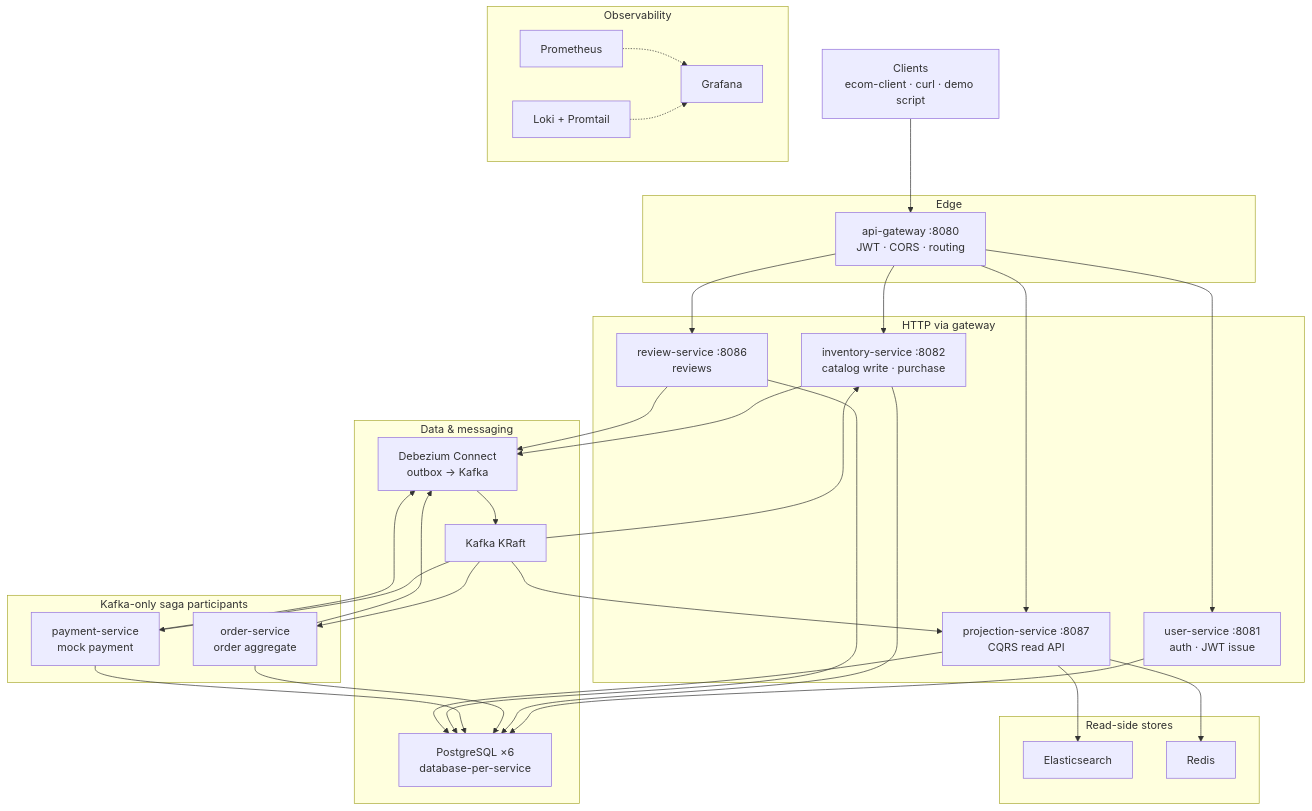
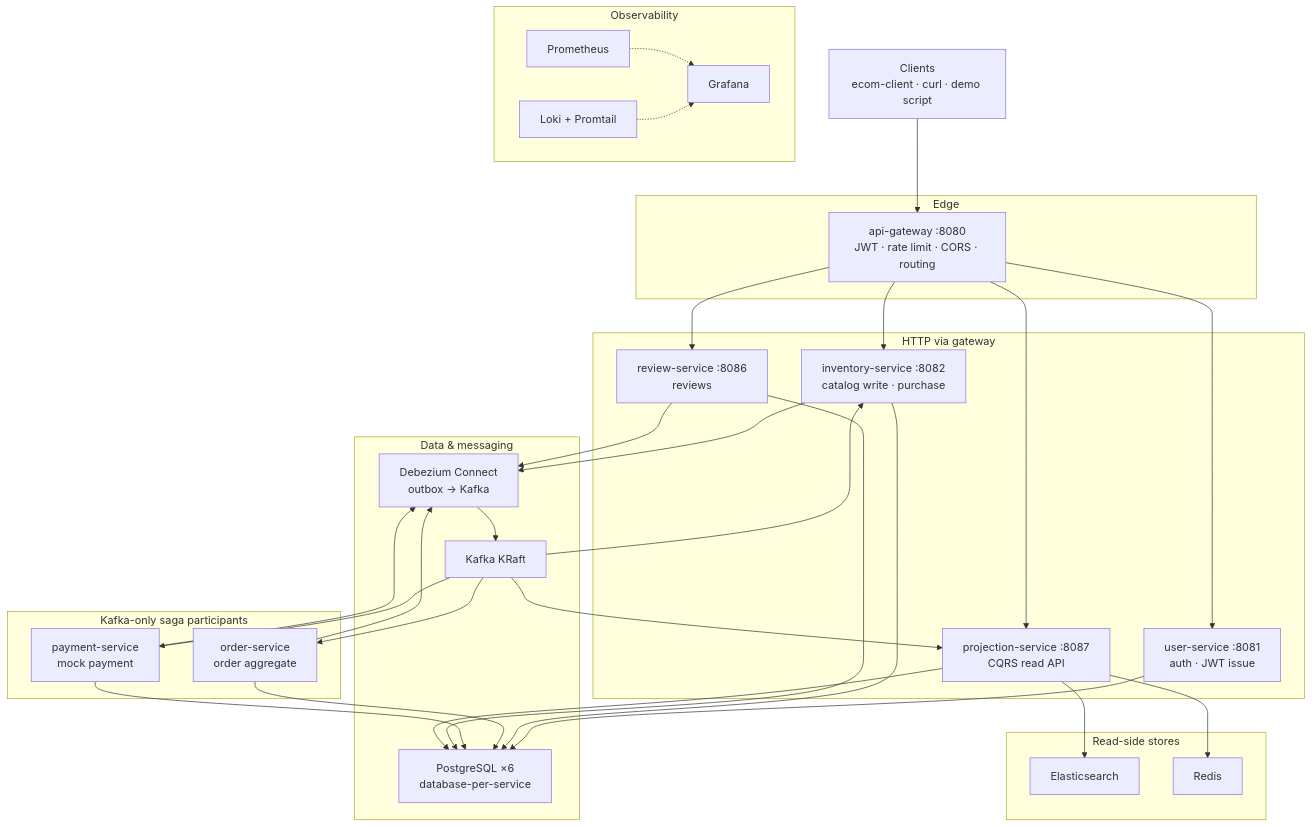
The first of 2 diagrams in README.md (tahaberkamcadev/ecom), drawn with Mermaid before and after one commit. The commit also changed other lines of this file and 14 other files, not shown here.

First line of the commit message:
Implement in-memory rate limiting in API Gateway and update product catalog API

````diff
--- a/README.md
+++ b/README.md
@@ -62,66 +62,66 @@
 ```mermaid
 flowchart TB
   CLIENT["Clients<br/>ecom-client · curl · demo script"]
 
   subgraph edge["Edge"]
-    GW["api-gateway :8080<br/>JWT · CORS · routing"]
+    GW["api-gateway :8080<br/>JWT · rate limit · CORS · routing"]
   end
 
   subgraph http["HTTP via gateway"]
     USER["user-service :8081<br/>auth · JWT issue"]
     INV["inventory-service :8082<br/>catalog write · purchase"]
     REV["review-service :8086<br/>reviews"]
     PRJ["projection-service :8087<br/>CQRS read API"]
   end
 
   subgraph saga["Kafka-only saga participants"]
     ORD["order-service<br/>order aggregate"]
     PAY["payment-service<br/>mock payment"]
   end
 
   subgraph readstore["Read-side stores"]
     ES["Elasticsearch"]
     RD["Redis"]
   end
 
   subgraph data["Data & messaging"]
     DB["PostgreSQL ×6<br/>database-per-service"]
     DEB["Debezium Connect<br/>outbox → Kafka"]
     K["Kafka KRaft"]
   end
 
   subgraph obs["Observability"]
     PROM["Prometheus"]
     LOKI["Loki + Promtail"]
     GRAF["Grafana"]
   end
 
   CLIENT --> GW
   GW --> USER
   GW --> INV
   GW --> REV
   GW --> PRJ
 
   USER --> DB
   INV --> DB
   ORD --> DB
   PAY --> DB
   REV --> DB
   PRJ --> DB
   PRJ --> ES
   PRJ --> RD
 
   INV --> DEB
   ORD --> DEB
   PAY --> DEB
   REV --> DEB
   DEB --> K
 
   K --> ORD
   K --> PAY
   K --> PRJ
   K --> INV
 
   PROM -.-> GRAF
   LOKI -.-> GRAF
 ```
````
